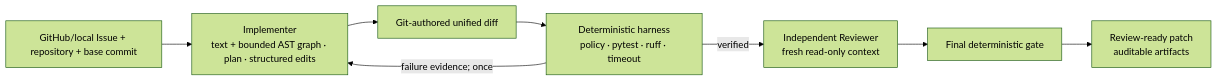
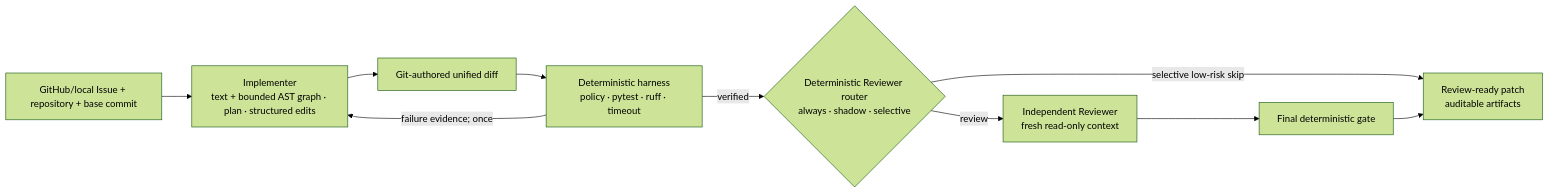
One commit to Suxingyeme1/prguard changed the diagram in README.md. Above: the diagram before and after it, drawn with Mermaid (forest theme). The commit also changed other lines of this file and 34 other files, not shown here.

Commit message:
feat: add deterministic reviewer routing

````diff
--- a/README.md
+++ b/README.md
@@ -16,10 +16,12 @@
 ```mermaid
 flowchart LR
     I["GitHub/local Issue + repository + base commit"] --> A["Implementer<br/>text + bounded AST graph · plan · structured edits"]
     A --> P["Git-authored unified diff"]
     P --> H["Deterministic harness<br/>policy · pytest · ruff · timeout"]
     H -->|"failure evidence; once"| A
-    H -->|"verified"| R["Independent Reviewer<br/>fresh read-only context"]
+    H -->|"verified"| D{"Deterministic Reviewer router<br/>always · shadow · selective"}
+    D -->|"review"| R["Independent Reviewer<br/>fresh read-only context"]
+    D -->|"selective low-risk skip"| O
     R --> G["Final deterministic gate"]
     G --> O["Review-ready patch<br/>auditable artifacts"]
 ```
````
